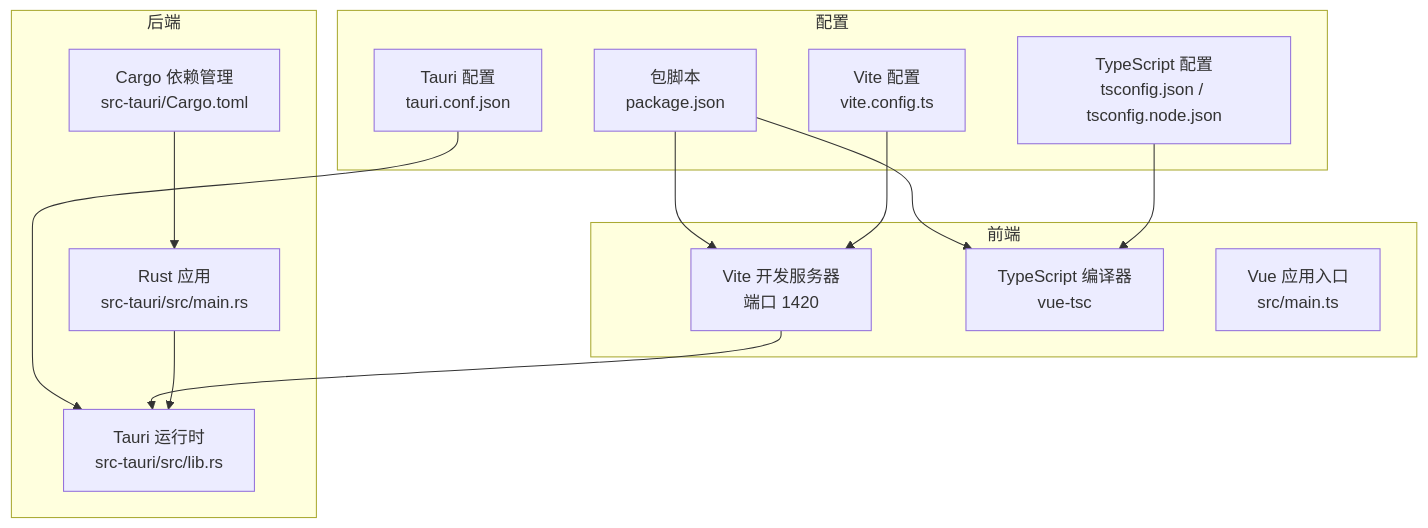
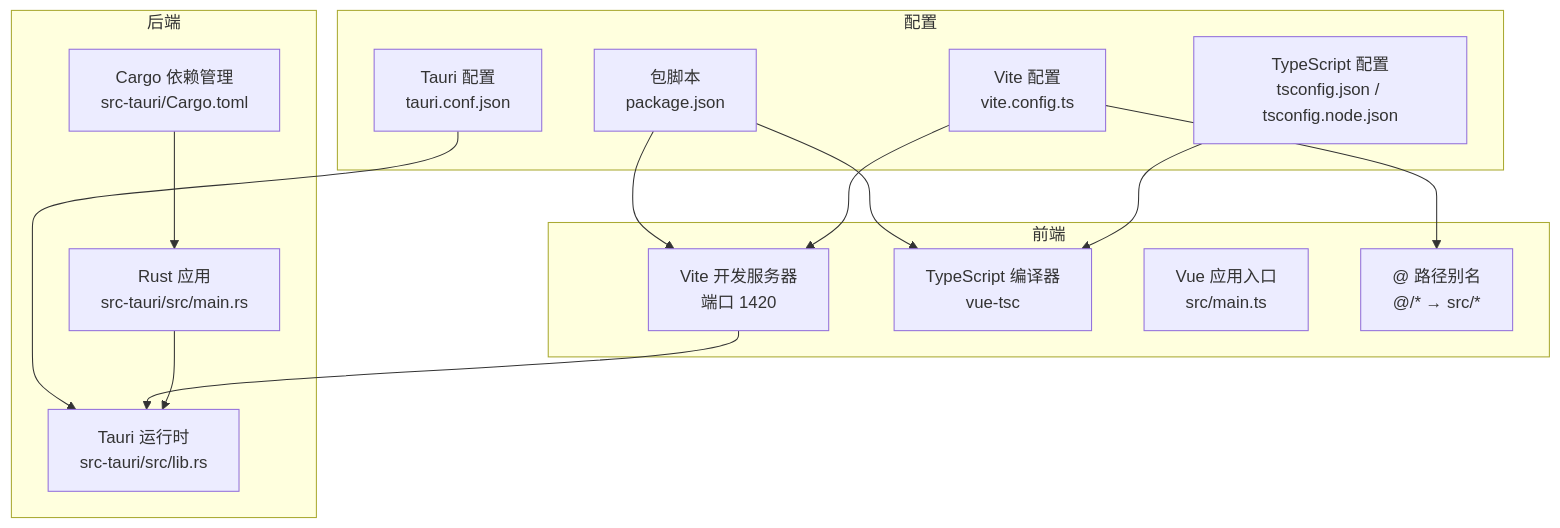
The first of 5 diagrams in .qoder/repowiki/zh/content/开发工作流/开发环境配置.md (LStkTrail/easy-trade-assistant), drawn with Mermaid before and after one commit. The commit also changed other lines of this file and 780 other files, not shown here.

````diff
--- a/.qoder/repowiki/zh/content/开发工作流/开发环境配置.md
+++ b/.qoder/repowiki/zh/content/开发工作流/开发环境配置.md
@@ -46,27 +60,29 @@
 ```mermaid
 graph TB
 subgraph "前端"
 FE_Vite["Vite 开发服务器<br/>端口 1420"]
 FE_TS["TypeScript 编译器<br/>vue-tsc"]
 FE_App["Vue 应用入口<br/>src/main.ts"]
+FE_PathAlias["@ 路径别名<br/>@/* → src/*"]
 end
 subgraph "后端"
 BE_Rust["Rust 应用<br/>src-tauri/src/main.rs"]
 BE_Tauri["Tauri 运行时<br/>src-tauri/src/lib.rs"]
 BE_Cargo["Cargo 依赖管理<br/>src-tauri/Cargo.toml"]
 end
 subgraph "配置"
 CFG_Pkg["包脚本<br/>package.json"]
 CFG_Vite["Vite 配置<br/>vite.config.ts"]
 CFG_Tauri["Tauri 配置<br/>tauri.conf.json"]
 CFG_TS["TypeScript 配置<br/>tsconfig.json / tsconfig.node.json"]
 end
 CFG_Pkg --> FE_Vite
 CFG_Pkg --> FE_TS
 CFG_Vite --> FE_Vite
+CFG_Vite --> FE_PathAlias
 CFG_Tauri --> BE_Tauri
 CFG_TS --> FE_TS
 FE_Vite --> BE_Tauri
 BE_Rust --> BE_Tauri
 BE_Cargo --> BE_Rust
 ```
````
